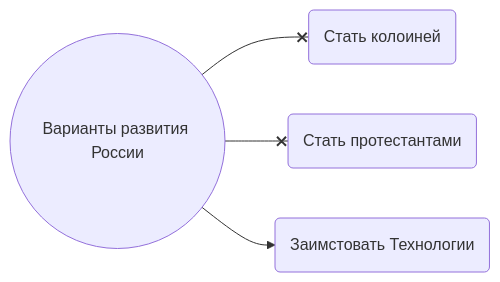
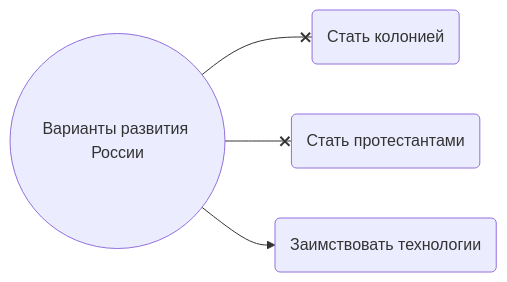
The first of 2 diagrams in Учеба КНИТУ/История России/Конспекты лекций/История России 31.10.26.md (wesdyqq/study-sync), drawn with Mermaid before and after one commit. The commit also changed other lines of this file and 5 other files, not shown here.

````diff
--- a/Учеба КНИТУ/История России/Конспекты лекций/История России 31.10.26.md
+++ b/Учеба КНИТУ/История России/Конспекты лекций/История России 31.10.26.md
@@ -19,13 +19,13 @@
 ```mermaid
    flowchart LR
    
 	   A--xB
 	   A--xC
 	   A-->D
 	   
 	   A((Варианты развития России))
-	   B("Стать колоиней")
+	   B("Стать колонией")
 	   C("Стать протестантами")
-	   D("Заимстовать Технологии")
+	   D("Заимствовать технологии")
    
 ```
````
